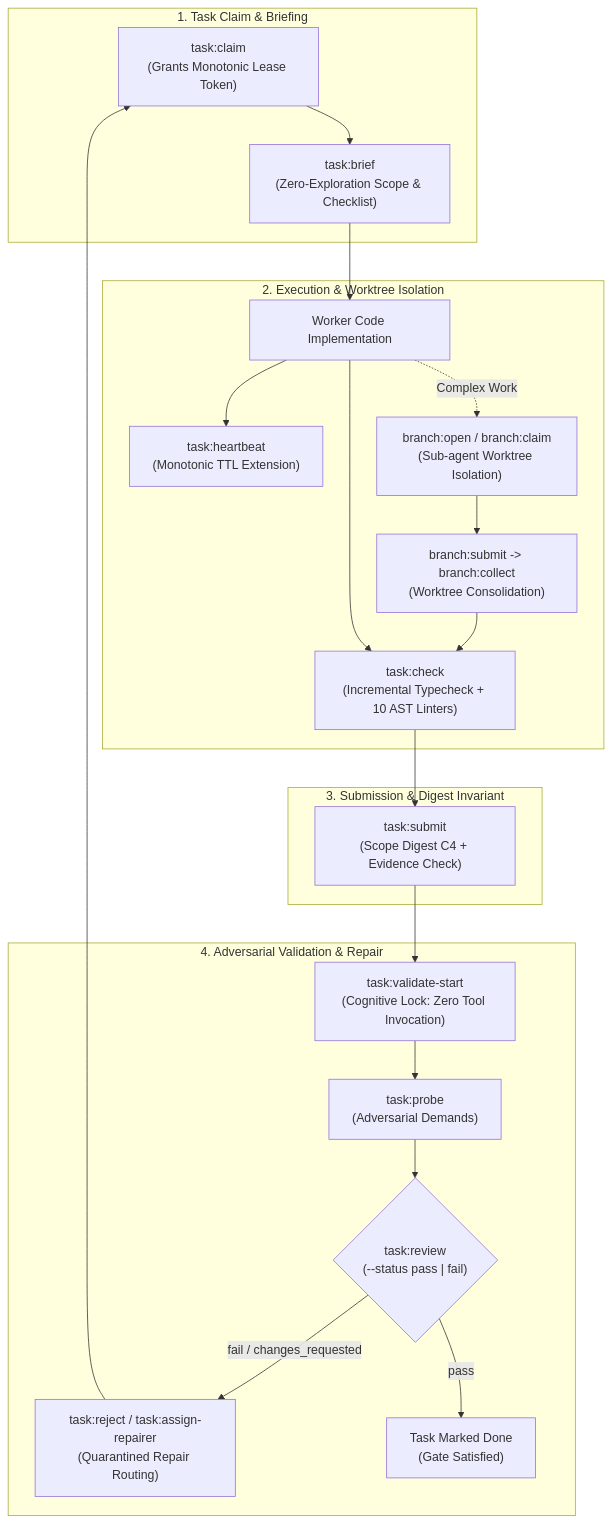
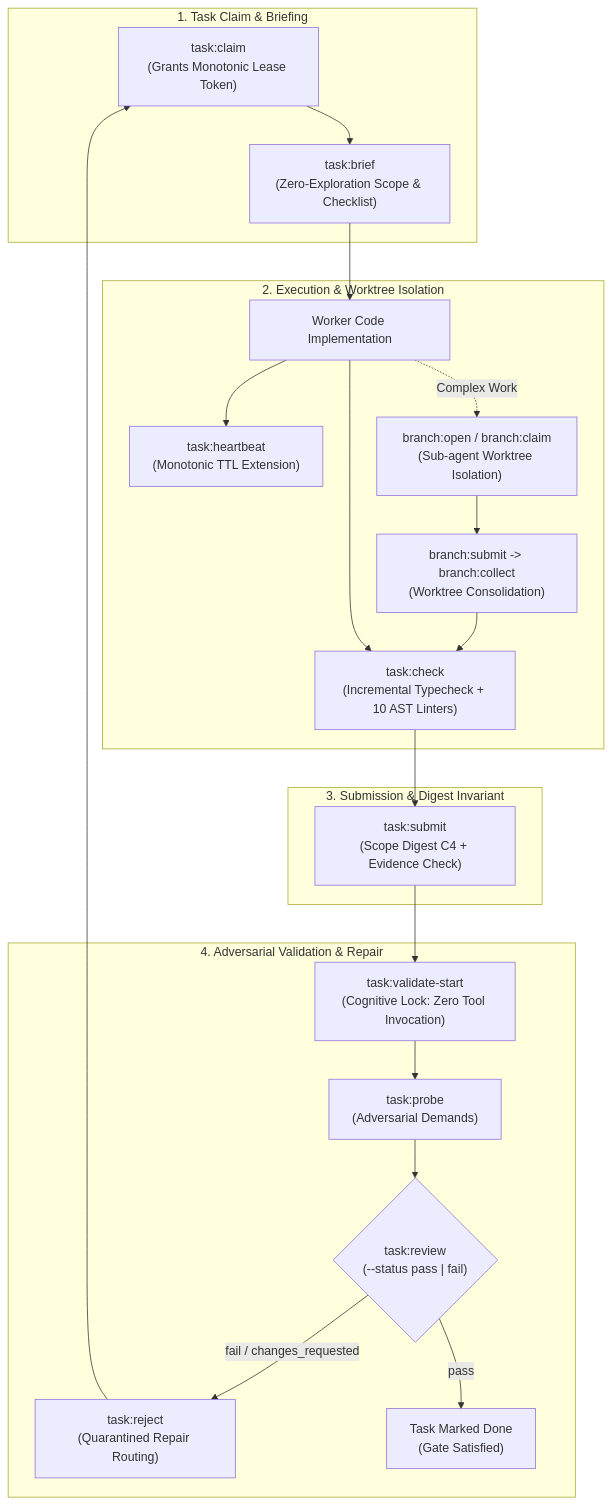
Before and after one commit to onurseckin/skills: the diagram in docs/olt/architecture/14-harness-cli-and-command-engine/14-02-task-and-worker-commands.md, drawn with Mermaid. The commit also changed other lines of this file and 1002 other files, not shown here.

````diff
--- a/docs/olt/architecture/14-harness-cli-and-command-engine/14-02-task-and-worker-commands.md
+++ b/docs/olt/architecture/14-harness-cli-and-command-engine/14-02-task-and-worker-commands.md
@@ -14,28 +14,28 @@
 ```mermaid
 graph TD
     subgraph S1 ["1. Task Claim & Briefing"]
         TC["task:claim\n(Grants Monotonic Lease Token)"] --> TB["task:brief\n(Zero-Exploration Scope & Checklist)"]
     end
 
     subgraph S2 ["2. Execution & Worktree Isolation"]
         TB --> WORK["Worker Code Implementation"]
         WORK --> HB["task:heartbeat\n(Monotonic TTL Extension)"]
         WORK -. Complex Work .-> BO["branch:open / branch:claim\n(Sub-agent Worktree Isolation)"]
         BO --> BS["branch:submit -> branch:collect\n(Worktree Consolidation)"]
         BS --> CHK["task:check\n(Incremental Typecheck + 10 AST Linters)"]
         WORK --> CHK
     end
 
     subgraph S3 ["3. Submission & Digest Invariant"]
         CHK --> TS["task:submit\n(Scope Digest C4 + Evidence Check)"]
     end
 
     subgraph S4 ["4. Adversarial Validation & Repair"]
         TS --> TVS["task:validate-start\n(Cognitive Lock: Zero Tool Invocation)"]
         TVS --> TPR["task:probe\n(Adversarial Demands)"]
         TPR --> TRV{"task:review\n(--status pass | fail)"}
-        TRV -->|fail / changes_requested| TRJ["task:reject / task:assign-repairer\n(Quarantined Repair Routing)"]
+        TRV -->|fail / changes_requested| TRJ["task:reject\n(Quarantined Repair Routing)"]
         TRJ --> TC
         TRV -->|pass| TDONE["Task Marked Done\n(Gate Satisfied)"]
     end
 ```
````
